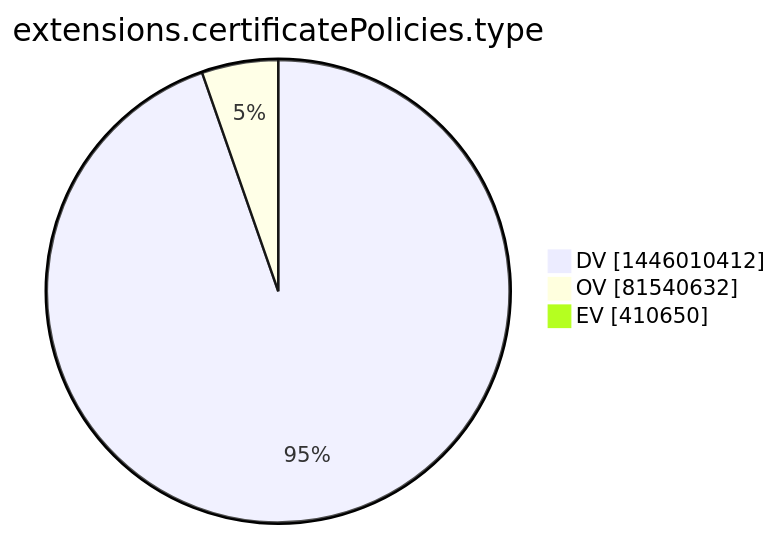
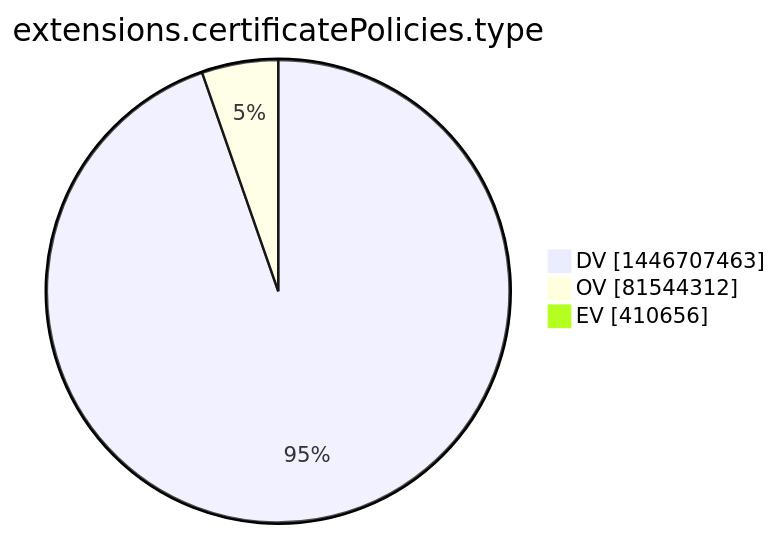
The tenth of 15 diagrams in xenon2022/README.md (christiankrug/ctmonitor_visualization), drawn with Mermaid before and after one commit. The commit also changed other lines of this file, not shown here.

````diff
--- a/xenon2022/README.md
+++ b/xenon2022/README.md
@@ -2868,7 +2868,7 @@
 ```mermaid
 pie showData
 title extensions.certificatePolicies.type
-"DV" :1446010412
-"OV" :81540632
-"EV" :410650
+"DV" :1446707463
+"OV" :81544312
+"EV" :410656
 ```
````
